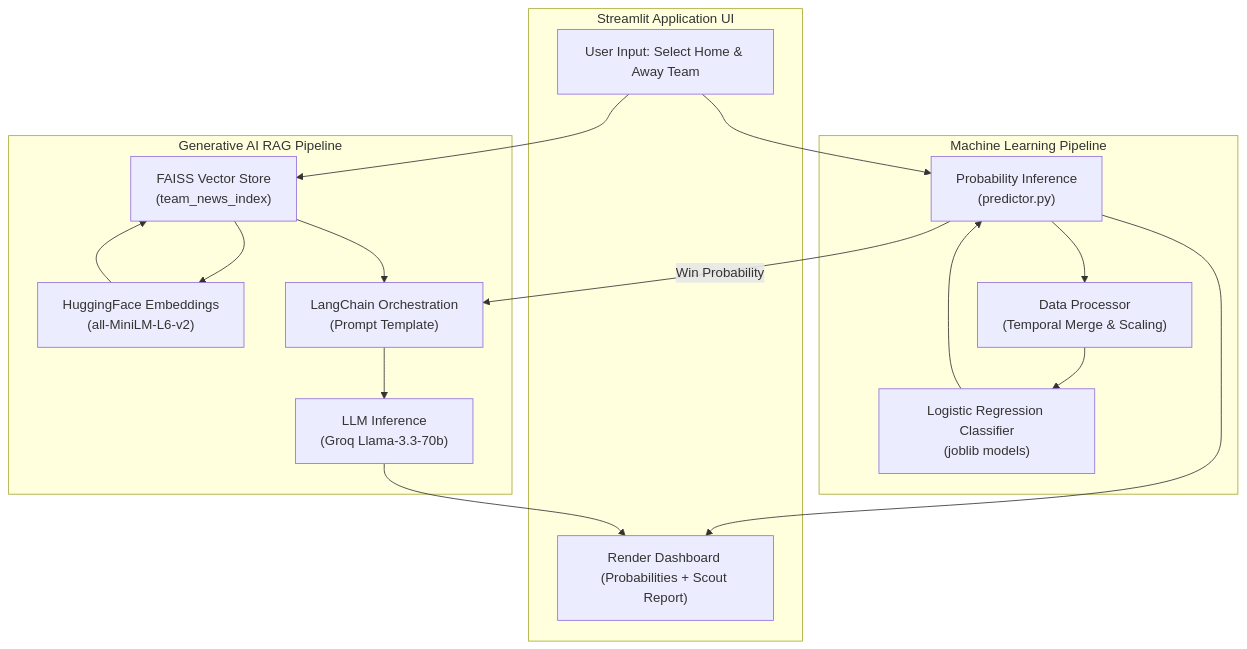
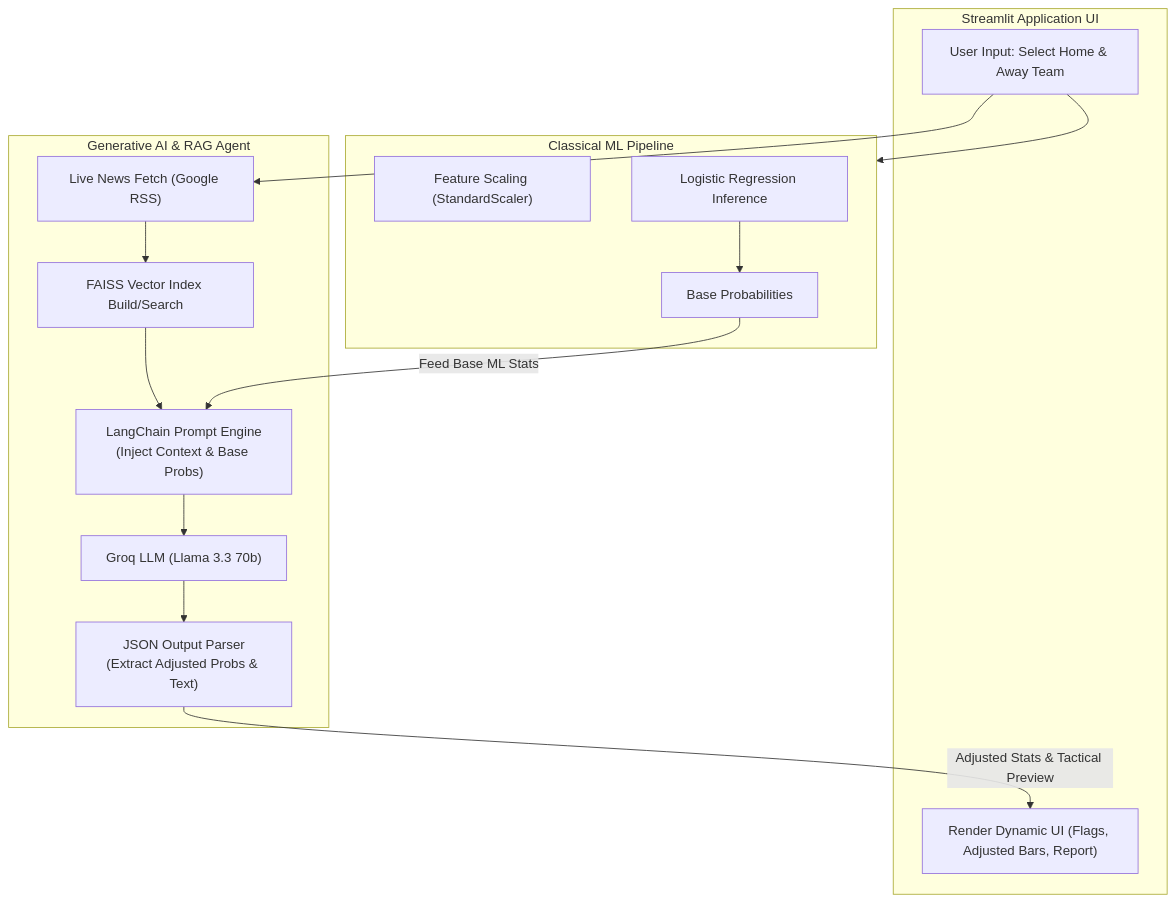
Before and after one commit to abhi-dev-codes/Match-Oracle: the diagram in README.md, drawn with Mermaid. The commit also changed other lines of this file, not shown here.

Commit message:
Update README (docs for report)

````diff
--- a/README.md
+++ b/README.md
@@ -62,36 +84,33 @@
 ```mermaid
 flowchart TD
     subgraph Frontend [Streamlit Application UI]
         A["User Input: Select Home & Away Team"]
-        J["Render Dashboard (Probabilities + Scout Report)"]
+        J["Render Dynamic UI (Flags, Adjusted Bars, Report)"]
     end
 
-    subgraph ML_Pipeline [Machine Learning Pipeline]
-        B["Data Processor<br/>(Temporal Merge & Scaling)"]
-        C["Logistic Regression Classifier<br/>(joblib models)"]
-        D["Probability Inference<br/>(predictor.py)"]
+    subgraph ML_Pipeline [Classical ML Pipeline]
+        B["Feature Scaling (StandardScaler)"]
+        C["Logistic Regression Inference"]
+        D["Base Probabilities"]
     end
 
-    subgraph RAG_Pipeline [Generative AI RAG Pipeline]
-        E["HuggingFace Embeddings<br/>(all-MiniLM-L6-v2)"]
-        F["FAISS Vector Store<br/>(team_news_index)"]
-        G["LangChain Orchestration<br/>(Prompt Template)"]
-        H["LLM Inference<br/>(Groq Llama-3.3-70b)"]
+    subgraph GenAI_Pipeline [Generative AI & RAG Agent]
+        E["Live News Fetch (Google RSS)"]
+        F["FAISS Vector Index Build/Search"]
+        G["LangChain Prompt Engine<br/>(Inject Context & Base Probs)"]
+        H["Groq LLM (Llama 3.3 70b)"]
+        I["JSON Output Parser<br/>(Extract Adjusted Probs & Text)"]
     end
 
-    A --> D
-    A --> F
-    
-    D --> B
-    B --> C
+    A --> ML_Pipeline
     C --> D
     
-    F --> E
+    A --> E
     E --> F
     F --> G
-    D -- "Win Probability" --> G
+    D -- "Feed Base ML Stats" --> G
     G --> H
+    H --> I
     
-    D --> J
-    H --> J
+    I -- "Adjusted Stats & Tactical Preview" --> J
 ```
````
